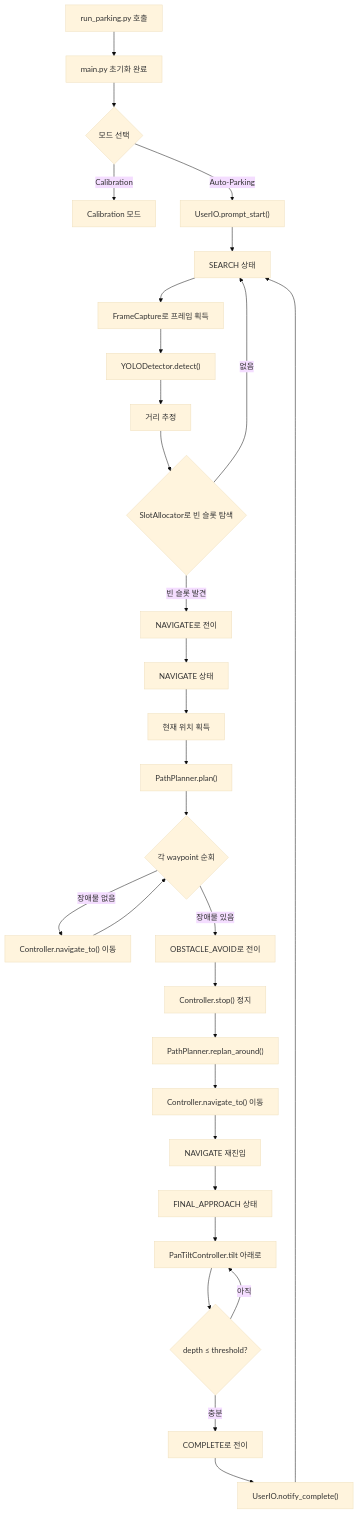
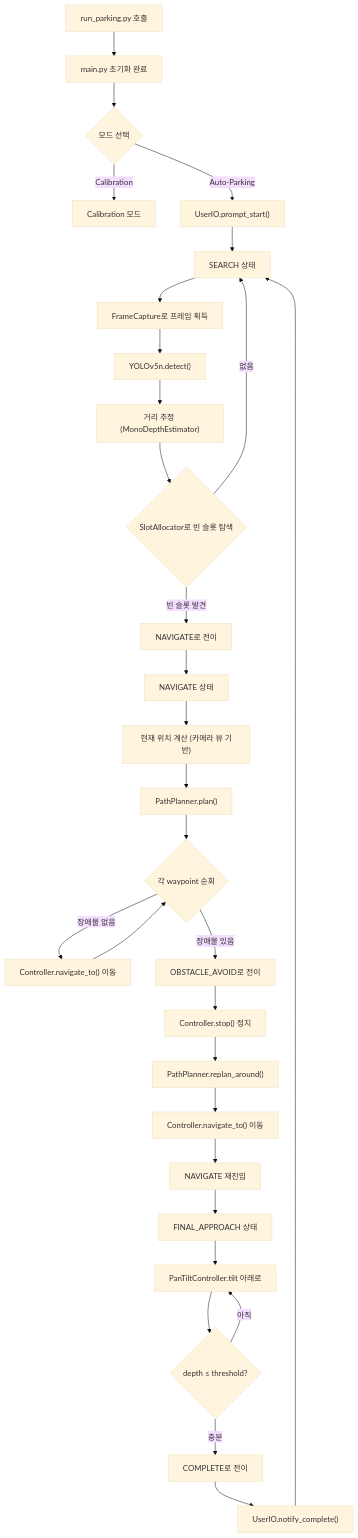
The diagram in README.md (hyunsi1/pi-AutoPark), drawn with Mermaid (base theme) before and after one commit. The commit also changed other lines of this file, not shown here.

````diff
--- a/README.md
+++ b/README.md
@@ -29,38 +27,37 @@
 ```mermaid
 flowchart TD
     A["run_parking.py 호출"] --> B["main.py 초기화 완료"]
     B --> C{모드 선택}
     C -->|Calibration| CAL["Calibration 모드"]
     C -->|Auto-Parking| D["UserIO.prompt_start()"]
     D --> E["SEARCH 상태"]
 
     E --> F["FrameCapture로 프레임 획득"]
-    F --> G["YOLODetector.detect()"]
-    G --> H["거리 추정"]
+    F --> G["YOLOv5n.detect()"]
+    G --> H["거리 추정 (MonoDepthEstimator)"]
     H --> I{SlotAllocator로 빈 슬롯 탐색}
     I -->|빈 슬롯 발견| J["NAVIGATE로 전이"]
     I -->|없음| E
 
     J --> K["NAVIGATE 상태"]
-    K --> L["현재 위치 획득"]
+    K --> L["현재 위치 계산 (카메라 뷰 기반)"]
     L --> M["PathPlanner.plan()"]
     M --> N{각 waypoint 순회}
     N -->|장애물 없음| O["Controller.navigate_to() 이동"]
     O --> N
     N -->|장애물 있음| P["OBSTACLE_AVOID로 전이"]
 
     P --> Q["Controller.stop() 정지"]
     Q --> R["PathPlanner.replan_around()"]
     R --> S["Controller.navigate_to() 이동"]
     S --> T["NAVIGATE 재진입"]
 
     T --> U["FINAL_APPROACH 상태"]
     U --> V["PanTiltController.tilt 아래로"]
     V --> W{depth ≤ threshold?}
     W -->|아직| V
     W -->|충분| X["COMPLETE로 전이"]
 
     X --> Y["UserIO.notify_complete()"]
     Y --> E
-
 ```
````
